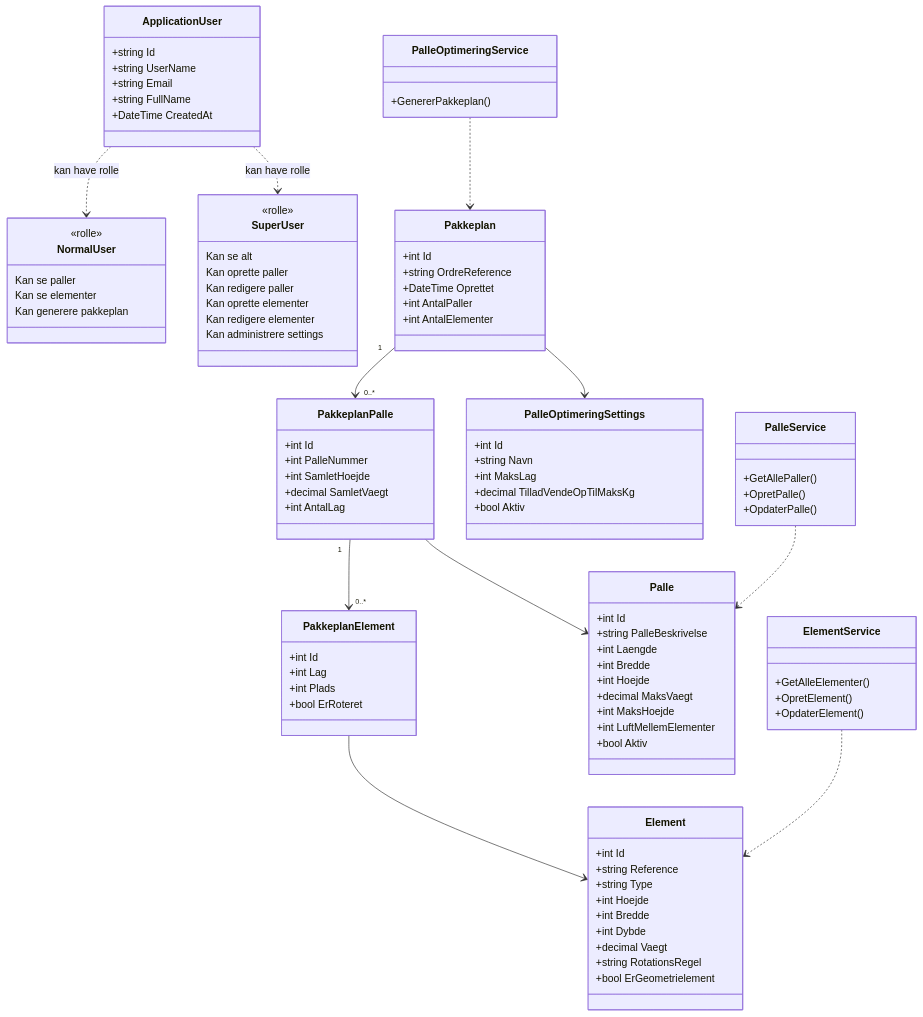
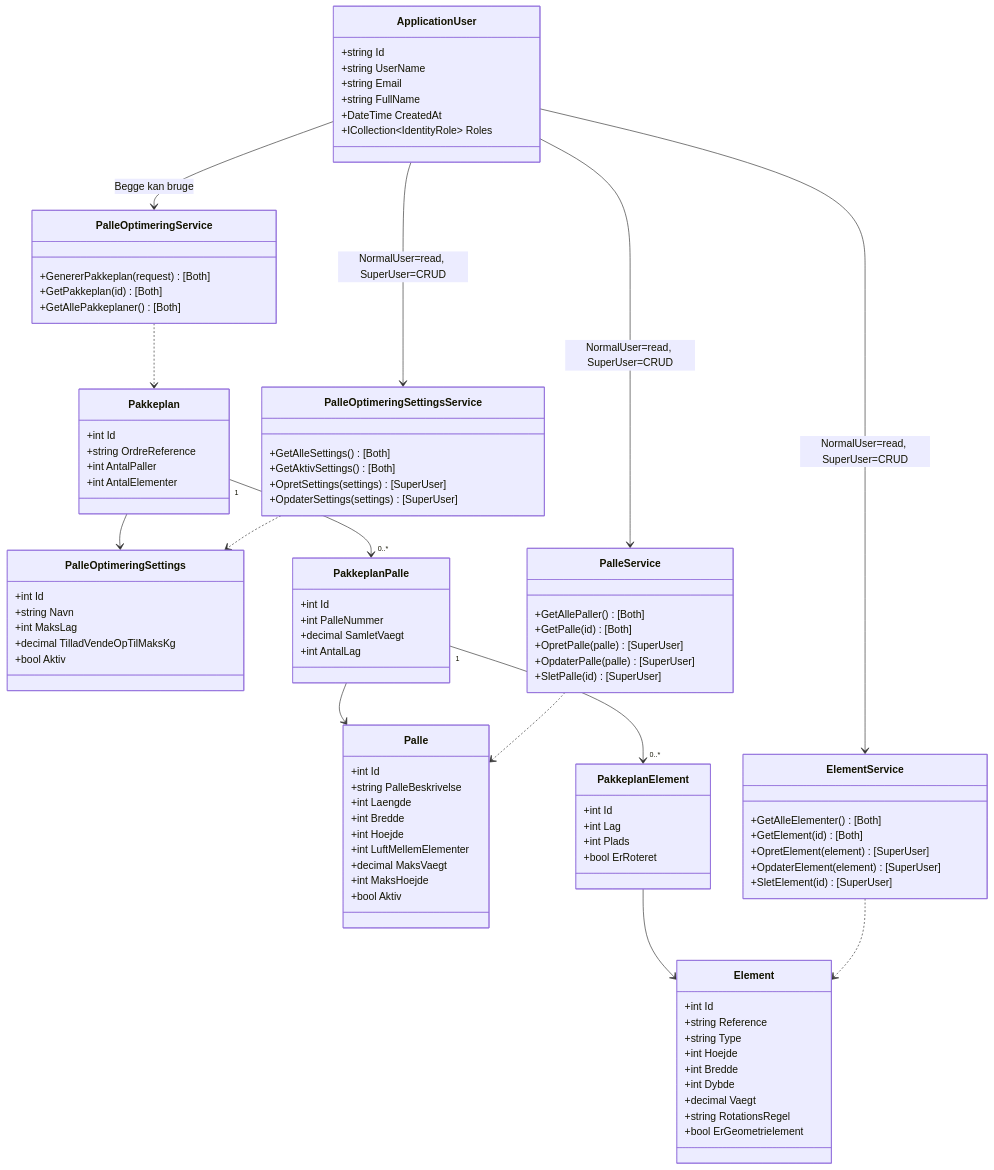
The diagram in docs/diagrams/02-klassediagram.md (Morno01/Eksamen-Acies-case), drawn with Mermaid before and after one commit. The commit also changed other lines of this file, not shown here.

Commit message:
Tilføj 'ændre regler' flows og fix klassediagram

````diff
--- a/docs/diagrams/02-klassediagram.md
+++ b/docs/diagrams/02-klassediagram.md
@@ -5,48 +5,28 @@
 ```mermaid
 classDiagram
-    %% BRUGER OG ROLLER
+    %% BRUGER
     class ApplicationUser {
         +string Id
         +string UserName
         +string Email
         +string FullName
         +DateTime CreatedAt
+        +ICollection~IdentityRole~ Roles
     }
 
-    class NormalUser {
-        <<rolle>>
-        Kan se paller
-        Kan se elementer
-        Kan generere pakkeplan
-    }
-
-    class SuperUser {
-        <<rolle>>
-        Kan se alt
-        Kan oprette paller
-        Kan redigere paller
-        Kan oprette elementer
-        Kan redigere elementer
-        Kan administrere settings
-    }
-
-    ApplicationUser ..> NormalUser : kan have rolle
-    ApplicationUser ..> SuperUser : kan have rolle
-
-    %% PALLE
+    %% MODELLER
     class Palle {
         +int Id
         +string PalleBeskrivelse
         +int Laengde
         +int Bredde
         +int Hoejde
+        +int LuftMellemElementer
         +decimal MaksVaegt
         +int MaksHoejde
-        +int LuftMellemElementer
         +bool Aktiv
     }
 
-    %% ELEMENT
     class Element {
         +int Id
         +string Reference
@@ -59,7 +39,6 @@
         +bool ErGeometrielement
     }
 
-    %% SETTINGS
     class PalleOptimeringSettings {
         +int Id
         +string Navn
@@ -68,11 +47,9 @@
         +bool Aktiv
     }
 
-    %% PAKKEPLAN
     class Pakkeplan {
         +int Id
         +string OrdreReference
-        +DateTime Oprettet
         +int AntalPaller
         +int AntalElementer
     }
@@ -80,7 +57,6 @@
     class PakkeplanPalle {
         +int Id
         +int PalleNummer
-        +int SamletHoejde
         +decimal SamletVaegt
         +int AntalLag
     }
@@ -94,29 +70,50 @@
 
     %% SERVICES
     class PalleService {
-        +GetAllePaller()
-        +OpretPalle()
-        +OpdaterPalle()
+        +GetAllePaller() [Both]
+        +GetPalle(id) [Both]
+        +OpretPalle(palle) [SuperUser]
+        +OpdaterPalle(palle) [SuperUser]
+        +SletPalle(id) [SuperUser]
     }
 
     class ElementService {
-        +GetAlleElementer()
-        +OpretElement()
-        +OpdaterElement()
+        +GetAlleElementer() [Both]
+        +GetElement(id) [Both]
+        +OpretElement(element) [SuperUser]
+        +OpdaterElement(element) [SuperUser]
+        +SletElement(id) [SuperUser]
     }
 
     class PalleOptimeringService {
-        +GenererPakkeplan()
+        +GenererPakkeplan(request) [Both]
+        +GetPakkeplan(id) [Both]
+        +GetAllePakkeplaner() [Both]
     }
 
-    %% RELATIONER
+    class PalleOptimeringSettingsService {
+        +GetAlleSettings() [Both]
+        +GetAktivSettings() [Both]
+        +OpretSettings(settings) [SuperUser]
+        +OpdaterSettings(settings) [SuperUser]
+    }
+
+    %% RELATIONER - Pakkeplan struktur
     Pakkeplan "1" --> "0..*" PakkeplanPalle
     PakkeplanPalle "1" --> "0..*" PakkeplanElement
     PakkeplanPalle --> Palle
     PakkeplanElement --> Element
     Pakkeplan --> PalleOptimeringSettings
 
+    %% RELATIONER - Services til modeller
     PalleService ..> Palle
     ElementService ..> Element
     PalleOptimeringService ..> Pakkeplan
+    PalleOptimeringSettingsService ..> PalleOptimeringSettings
+
+    %% RELATIONER - Bruger adgang
+    ApplicationUser --> PalleService : NormalUser=read, SuperUser=CRUD
+    ApplicationUser --> ElementService : NormalUser=read, SuperUser=CRUD
+    ApplicationUser --> PalleOptimeringService : Begge kan bruge
+    ApplicationUser --> PalleOptimeringSettingsService : NormalUser=read, SuperUser=CRUD
 ```
````
